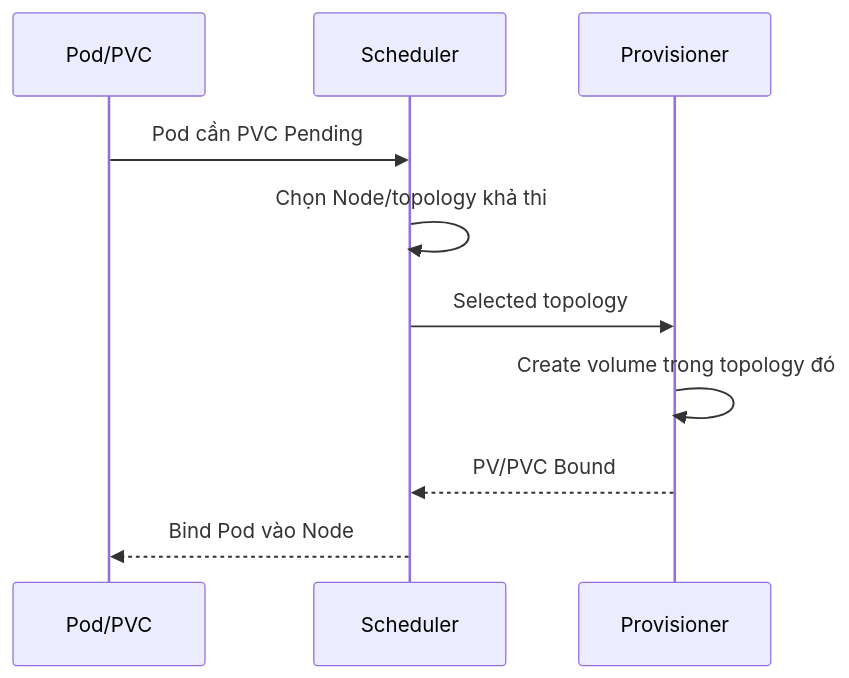
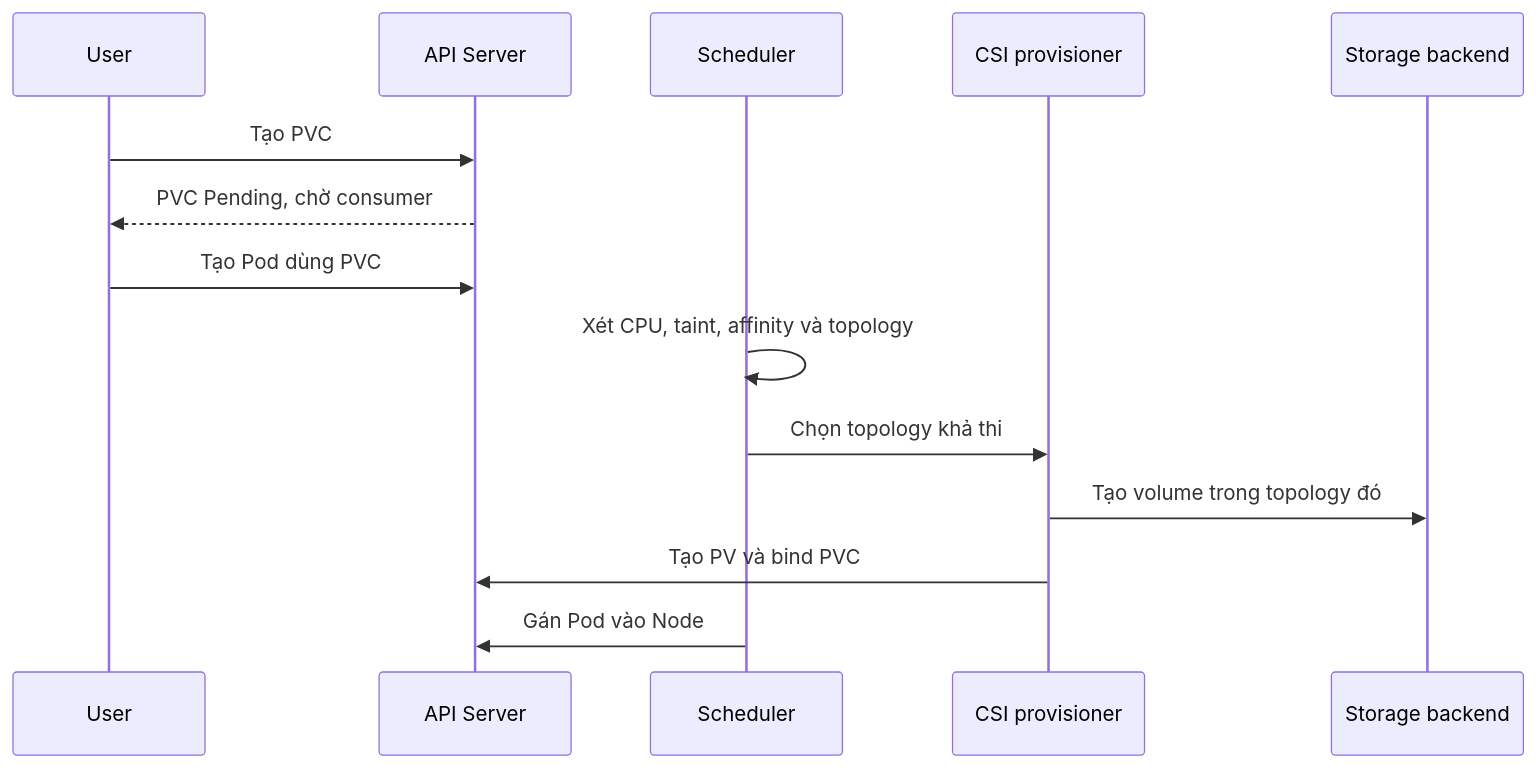
The second of 2 diagrams in content/docs/storage/storage-class.md (vanhiep99w/k8s-learn), drawn with Mermaid before and after one commit. The commit also changed other lines of this file and 2 other files, not shown here.

Commit message:
docs: làm rõ PV PVC và StorageClass

````diff
--- a/content/docs/storage/storage-class.md
+++ b/content/docs/storage/storage-class.md
@@ -148,12 +437,16 @@
 ```mermaid
 sequenceDiagram
-    participant P as Pod/PVC
+    participant U as User
+    participant A as API Server
     participant S as Scheduler
-    participant C as Provisioner
-    P->>S: Pod cần PVC Pending
-    S->>S: Chọn Node/topology khả thi
-    S->>C: Selected topology
-    C->>C: Create volume trong topology đó
-    C-->>S: PV/PVC Bound
-    S-->>P: Bind Pod vào Node
+    participant C as CSI provisioner
+    participant B as Storage backend
+    U->>A: Tạo PVC
+    A-->>U: PVC Pending, chờ consumer
+    U->>A: Tạo Pod dùng PVC
+    S->>S: Xét CPU, taint, affinity và topology
+    S->>C: Chọn topology khả thi
+    C->>B: Tạo volume trong topology đó
+    C->>A: Tạo PV và bind PVC
+    S->>A: Gán Pod vào Node
 ```
````
